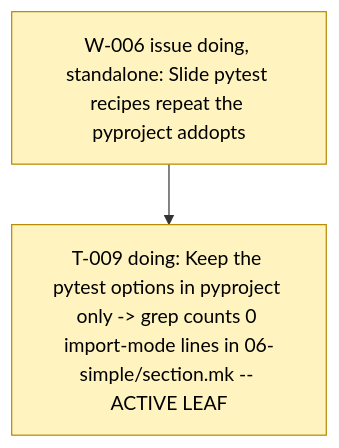
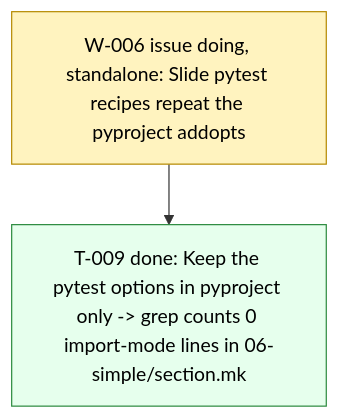
The diagram in .board/BOARD.md (dpopchev/chaos-to-simple), drawn with Mermaid before and after one commit. The commit also changed other lines of this file and 1 other file, not shown here.

Commit message:
chore(board): close T-009 -- W-006 ready to land
Refs: W-006 T-009

````diff
--- a/.board/BOARD.md
+++ b/.board/BOARD.md
@@ -47,11 +47,12 @@
 ```mermaid
 flowchart TD
   W006["W-006 issue doing, standalone: Slide pytest recipes repeat the pyproject addopts"]
-  W006 --> T009["T-009 doing: Keep the pytest options in pyproject only -> grep counts 0 import-mode lines in 06-simple/section.mk -- ACTIVE LEAF"]
+  W006 --> T009["T-009 done: Keep the pytest options in pyproject only -> grep counts 0 import-mode lines in 06-simple/section.mk"]
   classDef doing fill:#fff3bf,stroke:#b58900,color:#000;
   classDef blocked fill:#ffe3e3,stroke:#c92a2a,color:#000;
   classDef done fill:#e6ffed,stroke:#2b8a3e,color:#000;
   classDef todo fill:#f8f9fa,stroke:#868e96,color:#000;
   classDef pruned fill:#f1f3f5,stroke:#adb5bd,color:#000;
-  class W006,T009 doing
+  class W006 doing
+  class T009 done
 ```
````
